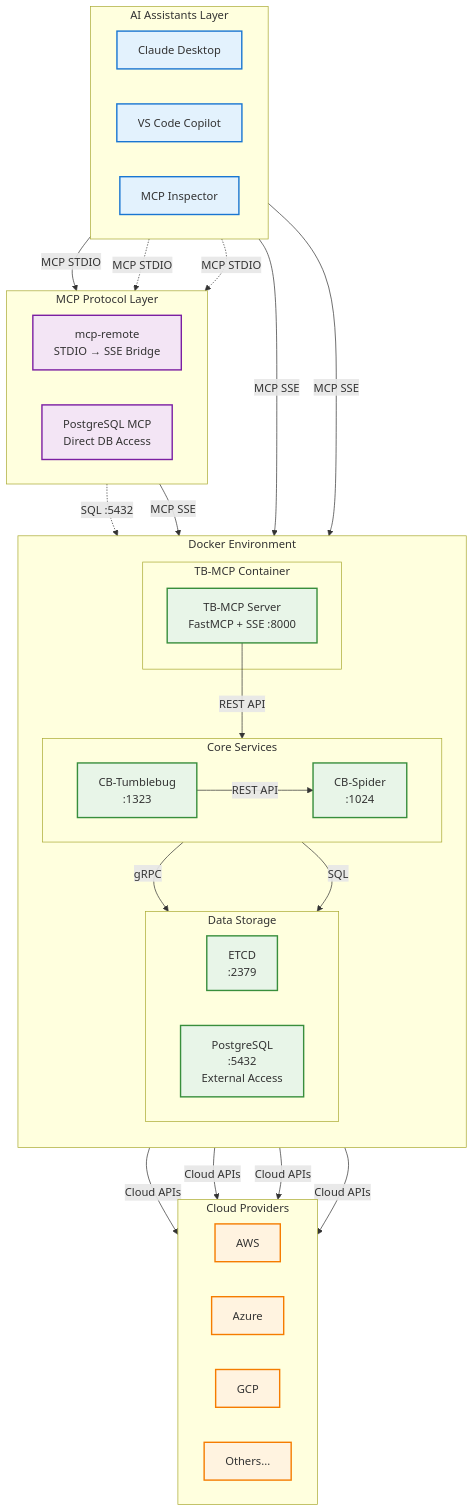
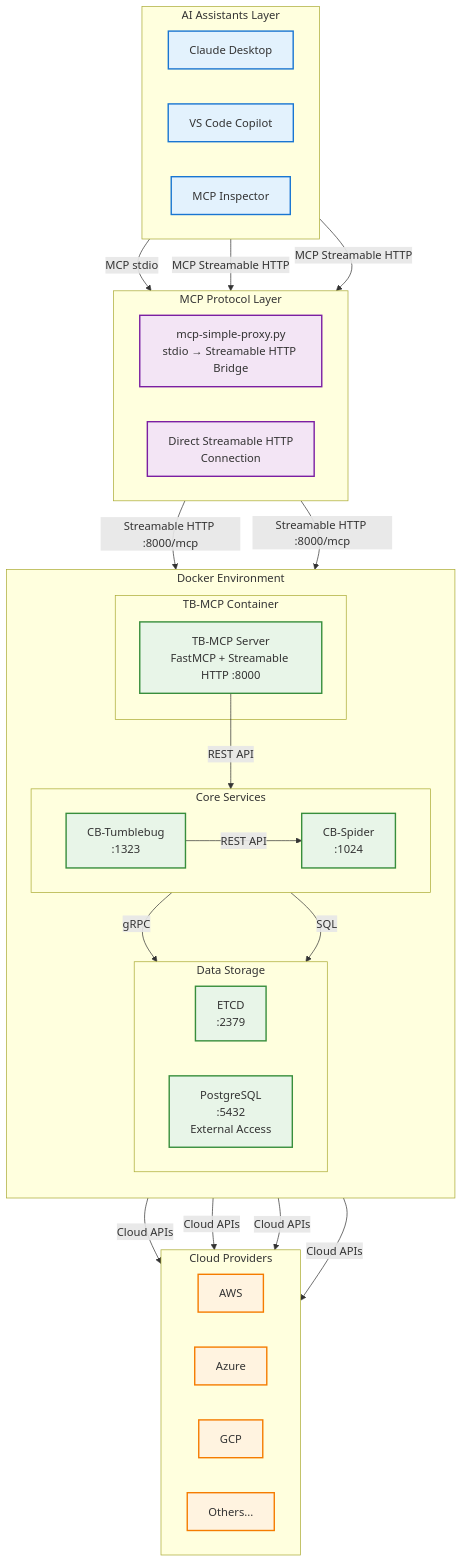
Before and after one commit to cloud-barista/cm-beetle: the first of 7 diagrams in deployments/docker-compose/cb-tumblebug/interface/mcp/architecture.md, drawn with Mermaid. The commit also changed other lines of this file and 59 other files, not shown here.

````diff
--- a/deployments/docker-compose/cb-tumblebug/interface/mcp/architecture.md
+++ b/deployments/docker-compose/cb-tumblebug/interface/mcp/architecture.md
@@ -5,81 +5,77 @@
 ```mermaid
 graph TB
     subgraph "AI Assistants Layer"
         direction LR
         Claude[Claude Desktop]
         VSCode[VS Code Copilot]
         MCPInspector[MCP Inspector]
     end
     
     subgraph "MCP Protocol Layer"
         direction LR
-        MCPRemote[mcp-remote<br/>STDIO → SSE Bridge]
-        PostgresMCP[PostgreSQL MCP<br/>Direct DB Access]
+        ProxyBridge[mcp-simple-proxy.py<br/>stdio → Streamable HTTP Bridge]
+        DirectHTTP[Direct Streamable HTTP<br/>Connection]
     end
     
     subgraph "Docker Environment"
         direction TB
         
         subgraph "TB-MCP Container"
-            TBMCPCode[TB-MCP Server<br/>FastMCP + SSE :8000]
+            TBMCPCode[TB-MCP Server<br/>FastMCP + Streamable HTTP :8000]
         end
         
         subgraph "Core Services"
             direction LR
             TBCore[CB-Tumblebug<br/>:1323]
             Spider[CB-Spider<br/>:1024]
         end
         
         subgraph "Data Storage"
             direction LR
             ETCD[ETCD<br/>:2379]
             Postgres[PostgreSQL<br/>:5432<br/>External Access]
         end
     end
     
     subgraph "Cloud Providers"
         direction LR
         AWS[AWS]
         Azure[Azure]
         GCP[GCP]
         Others[Others...]
     end
     
     %% Main AI Assistant Flows
-    Claude -->|MCP STDIO| MCPRemote
-    VSCode -->|MCP SSE| TBMCPCode
-    MCPInspector -->|MCP SSE| TBMCPCode
+    Claude -->|MCP stdio| ProxyBridge
+    VSCode -->|MCP Streamable HTTP| DirectHTTP
+    MCPInspector -->|MCP Streamable HTTP| DirectHTTP
     
-    %% PostgreSQL Direct Access
-    Claude -.->|MCP STDIO| PostgresMCP
-    VSCode -.->|MCP STDIO| PostgresMCP
-    PostgresMCP -.->|SQL :5432| Postgres
-    
-    %% MCP Bridge Flow
-    MCPRemote -->|MCP SSE| TBMCPCode
+    %% Proxy Bridge Flow
+    ProxyBridge -->|Streamable HTTP :8000/mcp| TBMCPCode
+    DirectHTTP -->|Streamable HTTP :8000/mcp| TBMCPCode
     
     %% Internal Service Flow
     TBMCPCode -->|REST API| TBCore
     TBCore -->|REST API| Spider
     TBCore -->|gRPC| ETCD
     TBCore -->|SQL| Postgres
     
     %% Cloud Integration
     Spider -->|Cloud APIs| AWS
     Spider -->|Cloud APIs| Azure
     Spider -->|Cloud APIs| GCP
     Spider -->|Cloud APIs| Others
     
     %% Styling for clarity
     classDef aiLayer fill:#e3f2fd,stroke:#1976d2,stroke-width:2px
     classDef mcpLayer fill:#f3e5f5,stroke:#7b1fa2,stroke-width:2px
     classDef dockerLayer fill:#e8f5e8,stroke:#388e3c,stroke-width:2px
     classDef cloudLayer fill:#fff3e0,stroke:#f57c00,stroke-width:2px
     classDef primaryFlow stroke:#d32f2f,stroke-width:3px
-    classDef secondaryFlow stroke:#666,stroke-width:2px,stroke-dasharray: 5 5
+    classDef proxyFlow stroke:#ff6f00,stroke-width:3px
     
     class Claude,VSCode,MCPInspector aiLayer
-    class MCPRemote,PostgresMCP mcpLayer
+    class ProxyBridge,DirectHTTP mcpLayer
     class TBMCPCode,TBCore,Spider,ETCD,Postgres dockerLayer
     class AWS,Azure,GCP,Others cloudLayer
 ```
````
